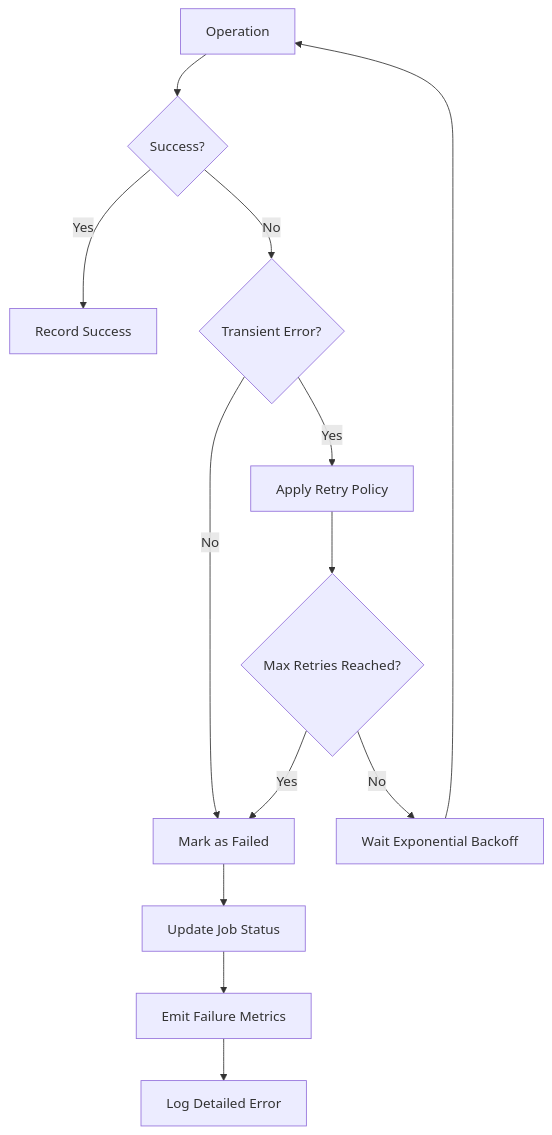
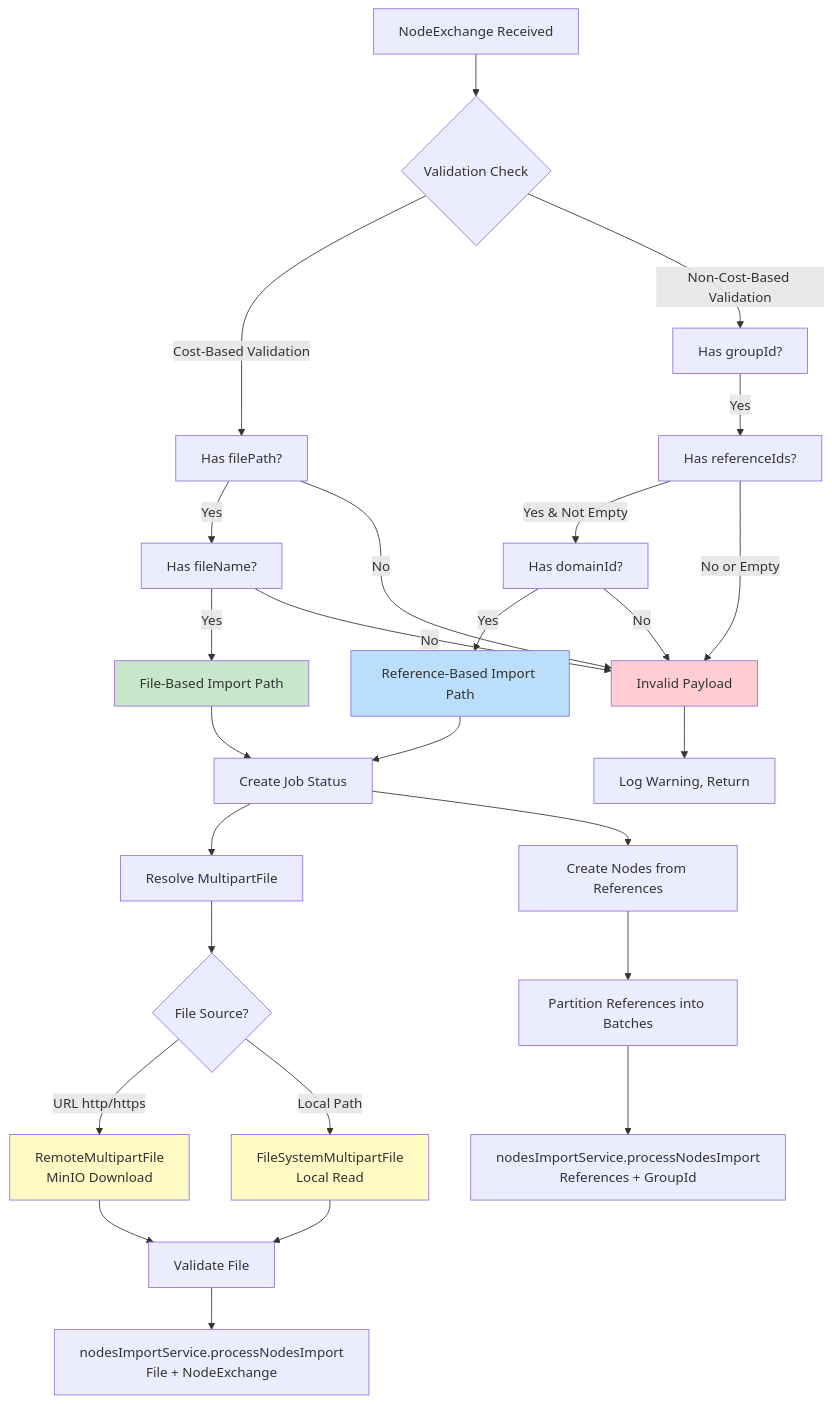
The tenth of 32 diagrams in docs/Low Level Designs/NodesImport.md (kagit00/schedule_x), drawn with Mermaid before and after one commit. The commit also changed other lines of this file and 1 other file, not shown here.

````diff
--- a/docs/Low Level Designs/NodesImport.md
+++ b/docs/Low Level Designs/NodesImport.md
@@ -437,15 +397,44 @@
 ```mermaid
 flowchart TD
-    A[Operation] --> B{Success?}
-    B -->|Yes| C[Record Success]
-    B -->|No| D{Transient Error?}
-    D -->|Yes| E[Apply Retry Policy]
-    D -->|No| F[Mark as Failed]
-    E --> G{Max Retries Reached?}
-    G -->|No| H[Wait Exponential Backoff]
-    H --> A
-    G -->|Yes| F
-    F --> I[Update Job Status]
-    I --> J[Emit Failure Metrics]
-    J --> K[Log Detailed Error]
+    A[NodeExchange Received] --> B{Validation Check}
+    
+    B -->|Cost-Based Validation| C[Has filePath?]
+    C -->|Yes| D[Has fileName?]
+    D -->|Yes| E[File-Based Import Path]
+    
+    B -->|Non-Cost-Based Validation| F[Has groupId?]
+    F -->|Yes| G[Has referenceIds?]
+    G -->|Yes & Not Empty| H[Has domainId?]
+    H -->|Yes| I[Reference-Based Import Path]
+    
+    E --> J[Create Job Status]
+    I --> J
+    
+    J --> K[Resolve MultipartFile]
+    J --> L[Create Nodes from References]
+    
+    K --> M{File Source?}
+    M -->|URL http/https| N[RemoteMultipartFile<br/>MinIO Download]
+    M -->|Local Path| O[FileSystemMultipartFile<br/>Local Read]
+    
+    N --> P[Validate File]
+    O --> P
+    
+    P --> Q[nodesImportService.processNodesImport<br/>File + NodeExchange]
+    
+    L --> R[Partition References into Batches]
+    R --> S[nodesImportService.processNodesImport<br/>References + GroupId]
+    
+    C -->|No| T[Invalid Payload]
+    D -->|No| T
+    G -->|No or Empty| T
+    H -->|No| T
+    
+    T --> U[Log Warning, Return]
+    
+    style E fill:#C8E6C9
+    style I fill:#BBDEFB
+    style N fill:#FFF9C4
+    style O fill:#FFF9C4
+    style T fill:#FFCDD2
 ```
````
